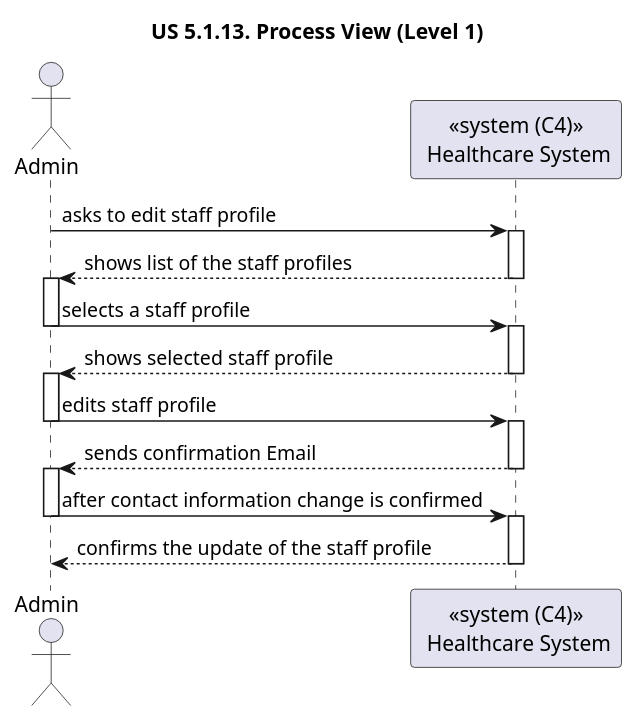
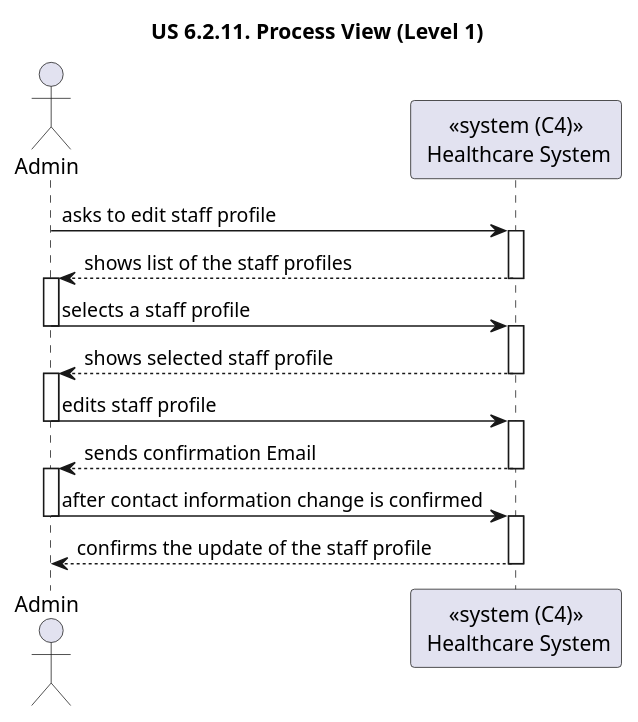
The diagram in docs/sprint-2/1221933/us-6.2.11/diagrams/n1/process-view-nivel1.puml (rita-barbosa/LAPR5-2425), drawn with PlantUML before and after one commit. The commit also changed 11 other files, not shown here.

Commit message:
DG38-337 | docs: adds process view of design.

```diff
--- a/docs/sprint-2/1221933/us-6.2.11/diagrams/n1/process-view-nivel1.puml
+++ b/docs/sprint-2/1221933/us-6.2.11/diagrams/n1/process-view-nivel1.puml
@@ -1,40 +1,40 @@
 @startuml
 'https://plantuml.com/sequence-diagram
 
-title "US 5.1.13. Process View (Level 1)"
+title "US 6.2.11. Process View (Level 1)"
 
 actor Admin as ADM
 participant "<<system (C4)>>\n Healthcare System" as SYS
 
 ADM -> SYS : asks to edit staff profile
 activate SYS
 
 SYS --> ADM : shows list of the staff profiles
 deactivate SYS
 activate ADM
 
 ADM -> SYS : selects a staff profile
 deactivate ADM
 activate SYS
 
 SYS --> ADM : shows selected staff profile
 deactivate SYS
 activate ADM
 
 ADM -> SYS : edits staff profile
 deactivate ADM
 activate SYS
 
 SYS --> ADM : sends confirmation Email
 deactivate SYS
 activate ADM
 
 ADM -> SYS : after contact information change is confirmed
 deactivate ADM
 activate SYS
 
 SYS --> ADM : confirms the update of the staff profile
 deactivate SYS
 
 
 @enduml
```
